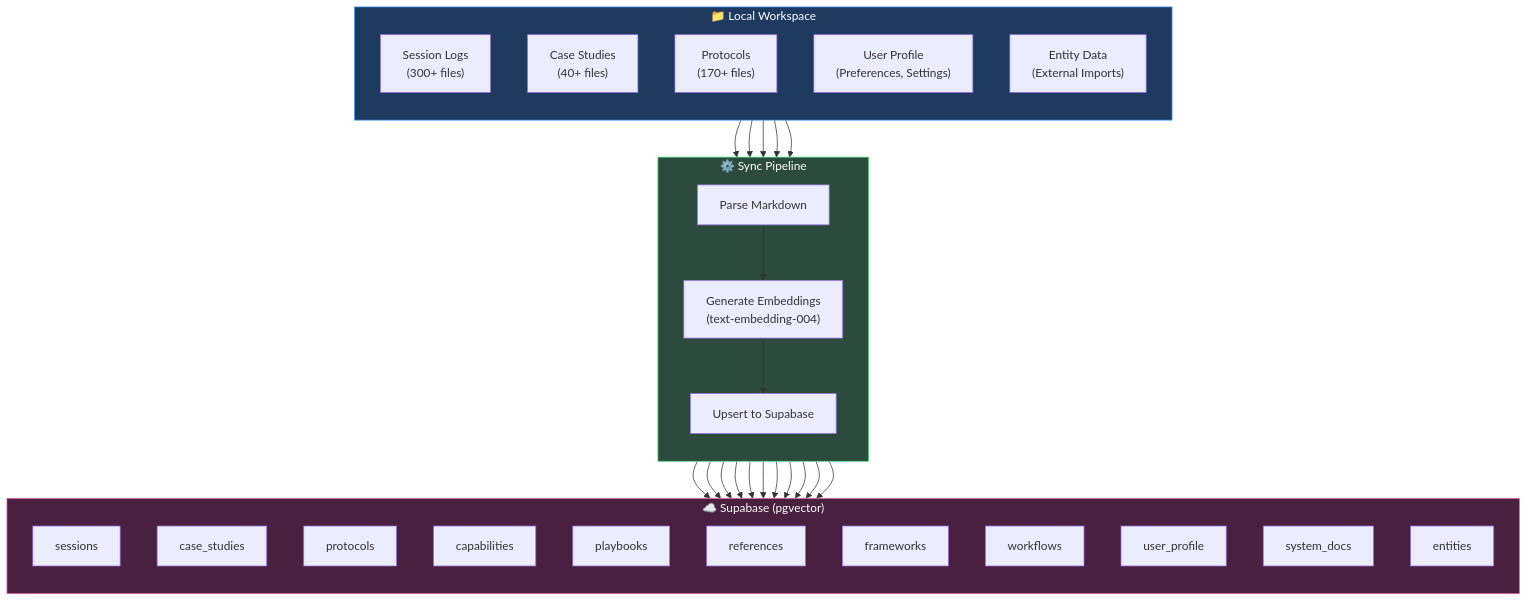
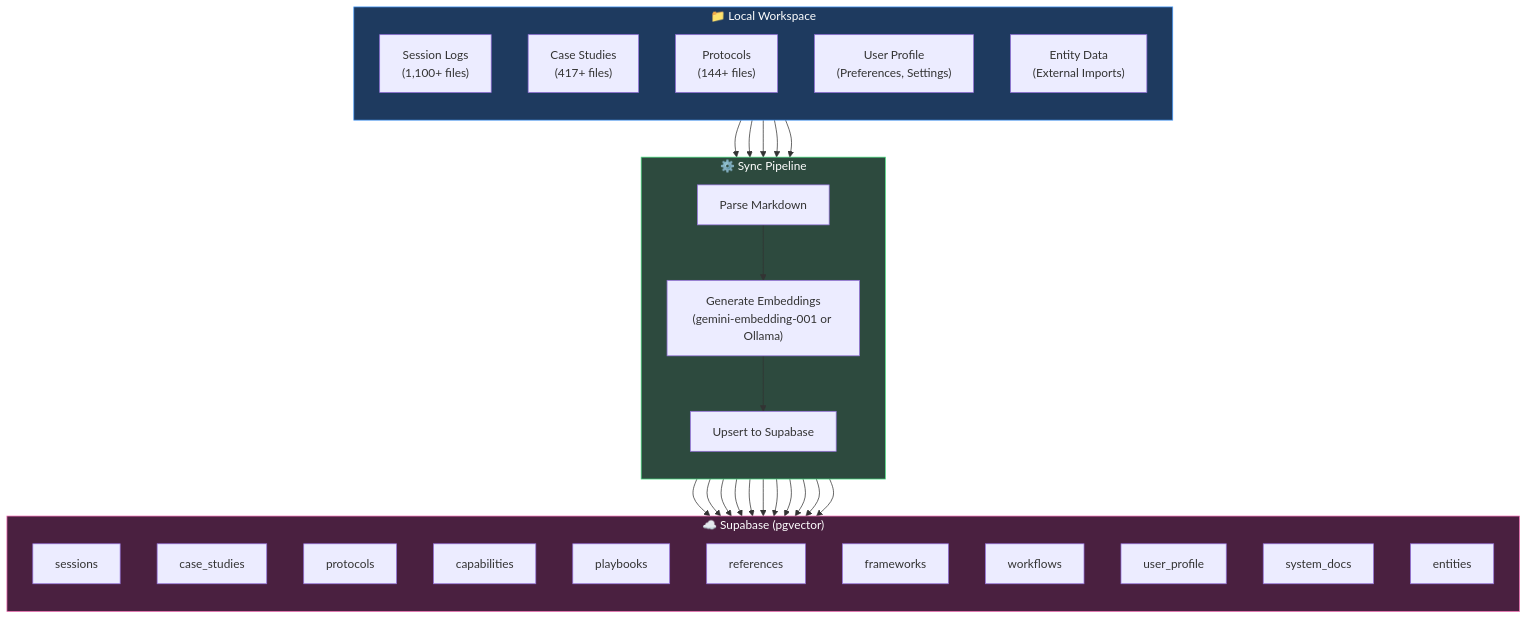
One commit to agent-memory-atlas-archive/winstonkoh87--Athena-Public changed the first of 3 diagrams in docs/VECTORRAG.md. Above: the diagram before and after it, drawn with Mermaid. The commit also changed other lines of this file and 5 other files, not shown here.

````diff
--- a/docs/VECTORRAG.md
+++ b/docs/VECTORRAG.md
@@ -40,47 +40,47 @@
 ```mermaid
 flowchart TB
     subgraph LOCAL["📁 Local Workspace"]
         direction TB
-        SESSIONS["Session Logs<br/>(300+ files)"]
-        CASES["Case Studies<br/>(40+ files)"]
-        PROTOCOLS["Protocols<br/>(170+ files)"]
+        SESSIONS["Session Logs<br/>(1,100+ files)"]
+        CASES["Case Studies<br/>(417+ files)"]
+        PROTOCOLS["Protocols<br/>(144+ files)"]
         PROFILE["User Profile<br/>(Preferences, Settings)"]
         ENTITIES["Entity Data<br/>(External Imports)"]
     end
     
     subgraph SYNC["⚙️ Sync Pipeline"]
         direction TB
         PARSE["Parse Markdown"]
-        EMBED["Generate Embeddings<br/>(text-embedding-004)"]
+        EMBED["Generate Embeddings<br/>(gemini-embedding-001 or Ollama)"]
         UPLOAD["Upsert to Supabase"]
     end
     
     subgraph CLOUD["☁️ Supabase (pgvector)"]
         direction TB
         T1["sessions"]
         T2["case_studies"]
         T3["protocols"]
         T4["capabilities"]
         T5["playbooks"]
         T6["references"]
         T7["frameworks"]
         T8["workflows"]
         T9["user_profile"]
         T10["system_docs"]
         T11["entities"]
     end
     
     SESSIONS --> PARSE
     CASES --> PARSE
     PROTOCOLS --> PARSE
     PROFILE --> PARSE
     ENTITIES --> PARSE
     
     PARSE --> EMBED
     EMBED --> UPLOAD
     UPLOAD --> T1 & T2 & T3 & T4 & T5 & T6 & T7 & T8 & T9 & T10 & T11
     
     style LOCAL fill:#1e3a5f,stroke:#4a9eff,color:#fff
     style SYNC fill:#2d4a3e,stroke:#4ade80,color:#fff
     style CLOUD fill:#4a2040,stroke:#f472b6,color:#fff
 ```
````
